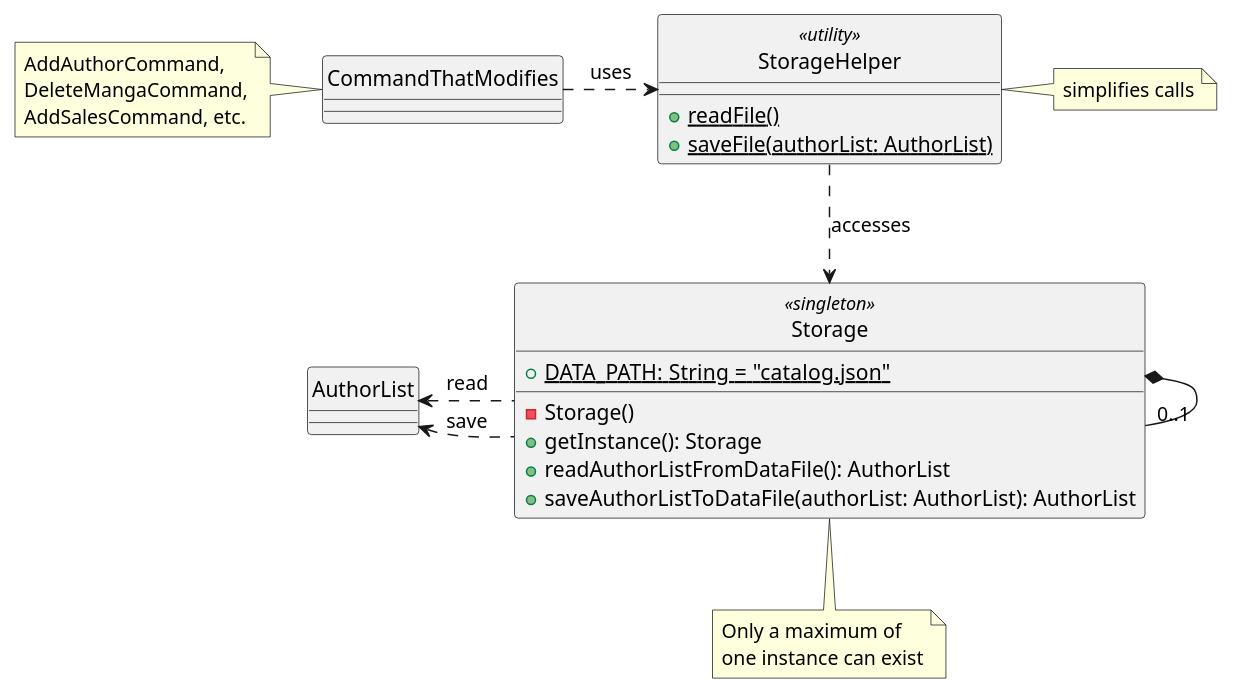
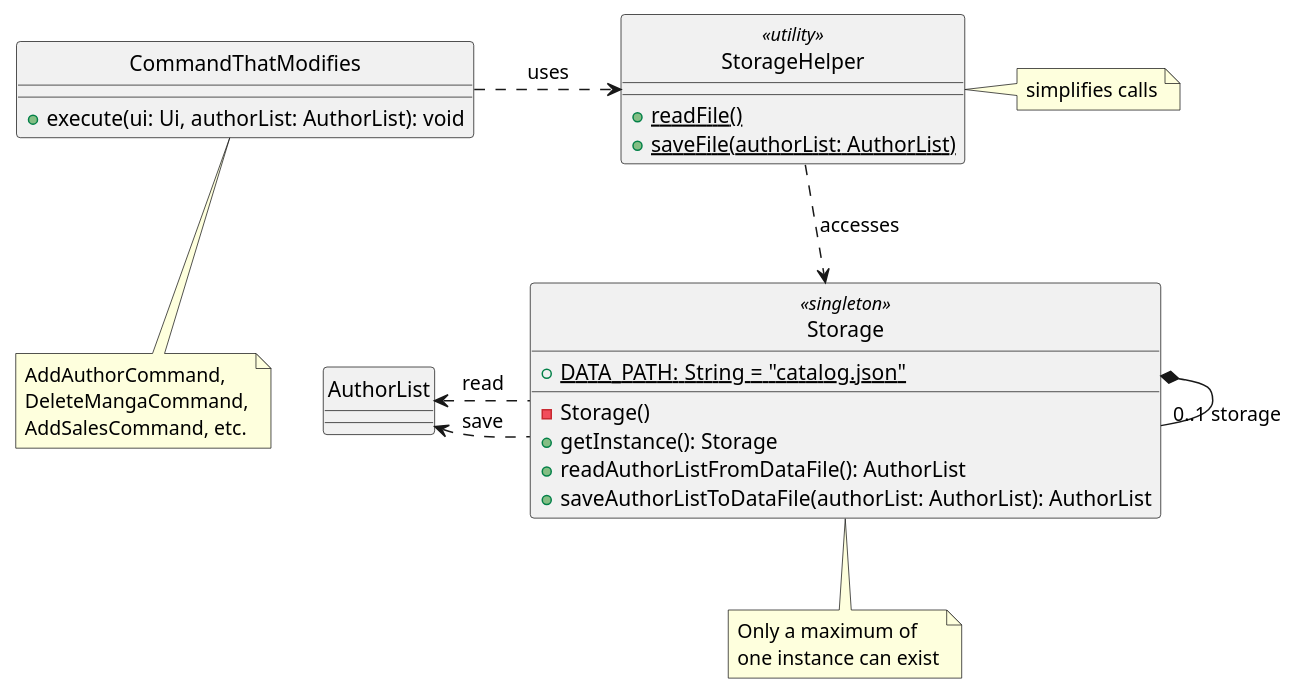
The diagram in docs/uml/Storage.puml (xenthm/tp), drawn with PlantUML before and after one commit. The commit also changed 2 other files, not shown here.

```diff
--- a/docs/uml/Storage.puml
+++ b/docs/uml/Storage.puml
@@ -1,29 +1,31 @@
 @startuml
 hide circle
 
 class Storage <<singleton>> {
     + {static} DATA_PATH: String = "catalog.json"
     - Storage()
     + getInstance(): Storage
     + readAuthorListFromDataFile(): AuthorList
     + saveAuthorListToDataFile(authorList: AuthorList): AuthorList
 }
-Storage *-- "0..1" Storage
+Storage *-- "0..1 storage" Storage
 note bottom of Storage: Only a maximum of\none instance can exist
 
 class StorageHelper <<utility>> {
     + {static} readFile()
     + {static} saveFile(authorList: AuthorList)
 }
 note right: simplifies calls
 StorageHelper ..> Storage : accesses
 
-class CommandThatModifies
-note left: AddAuthorCommand,\nDeleteMangaCommand,\nAddSalesCommand, etc.
+class CommandThatModifies {
+    + execute(ui: Ui, authorList: AuthorList): void
+}
+note bottom: AddAuthorCommand,\nDeleteMangaCommand,\nAddSalesCommand, etc.
 CommandThatModifies .> StorageHelper : uses
 
 class AuthorList
 AuthorList <. Storage : read
 AuthorList <. Storage : save
 
 @enduml
```
